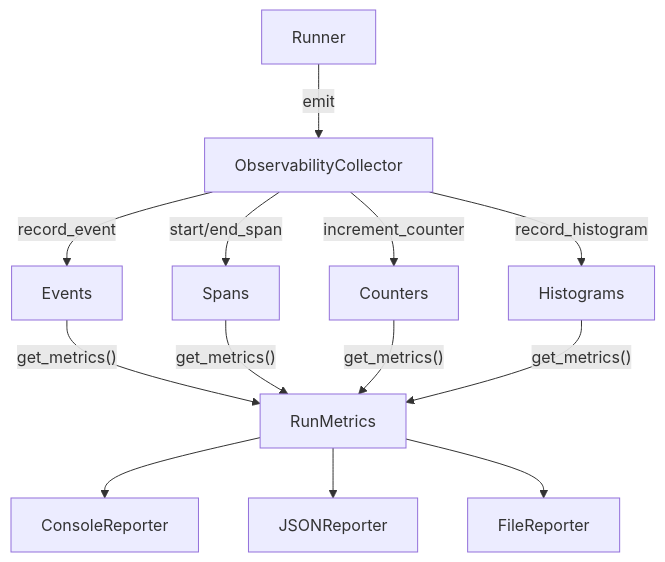
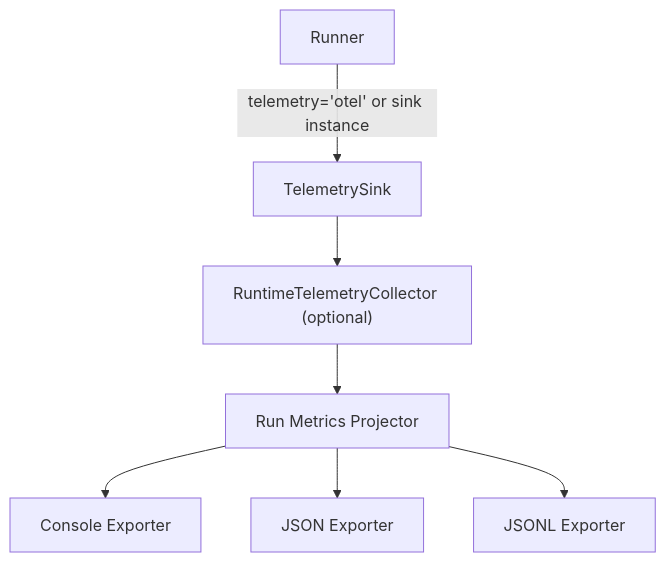
Before and after one commit to Luseefor/afk: the diagram in docs/library/observability.mdx, drawn with Mermaid. The commit also changed other lines of this file and 8 other files, not shown here.

````diff
--- a/docs/library/observability.mdx
+++ b/docs/library/observability.mdx
@@ -24,12 +21,9 @@
 ```mermaid
 flowchart TD
-    R["Runner"] -->|"emit"| C["ObservabilityCollector"]
-    C -->|"record_event"| EV["Events"]
-    C -->|"start/end_span"| SP["Spans"]
-    C -->|"increment_counter"| CT["Counters"]
-    C -->|"record_histogram"| HI["Histograms"]
-    EV & SP & CT & HI -->|"get_metrics()"| M["RunMetrics"]
-    M --> CR["ConsoleReporter"]
-    M --> JR["JSONReporter"]
-    M --> FR["FileReporter"]
+    R["Runner"] -->|"telemetry='otel' or sink instance"| S["TelemetrySink"]
+    S --> C["RuntimeTelemetryCollector (optional)"]
+    C --> P["Run Metrics Projector"]
+    P --> E1["Console Exporter"]
+    P --> E2["JSON Exporter"]
+    P --> E3["JSONL Exporter"]
 ```
````
